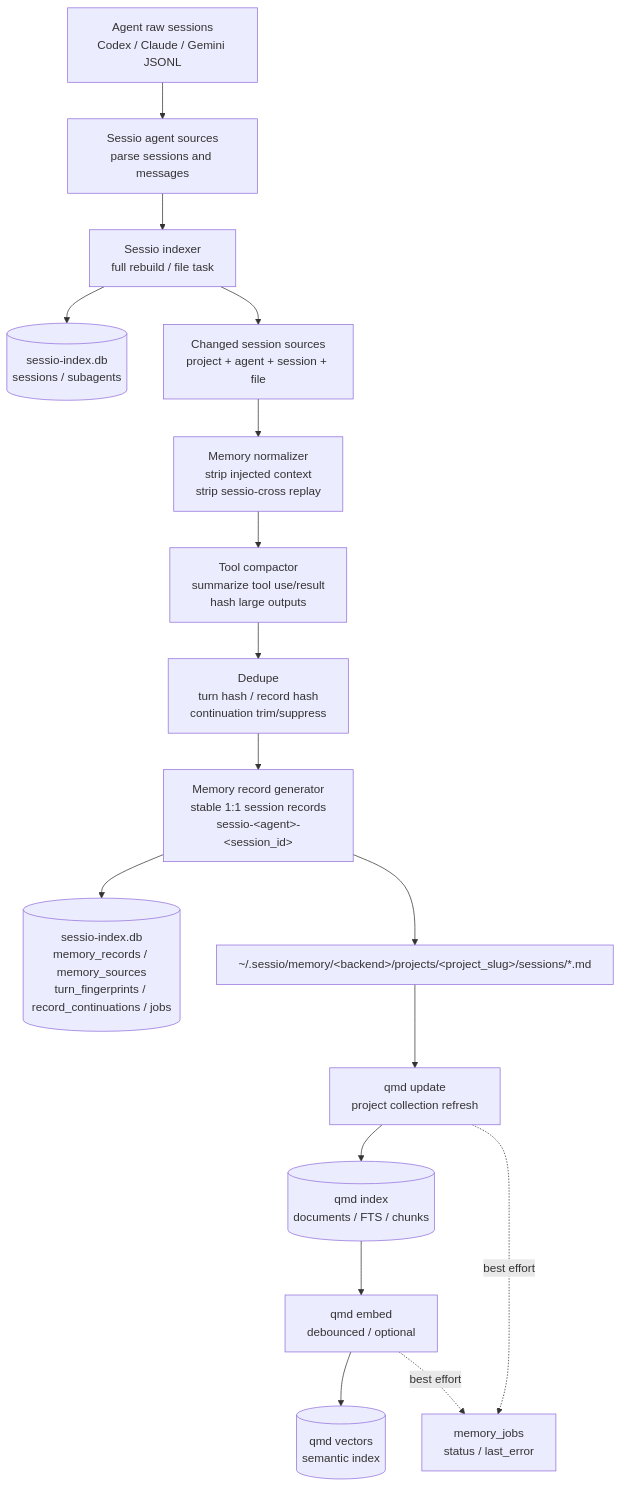
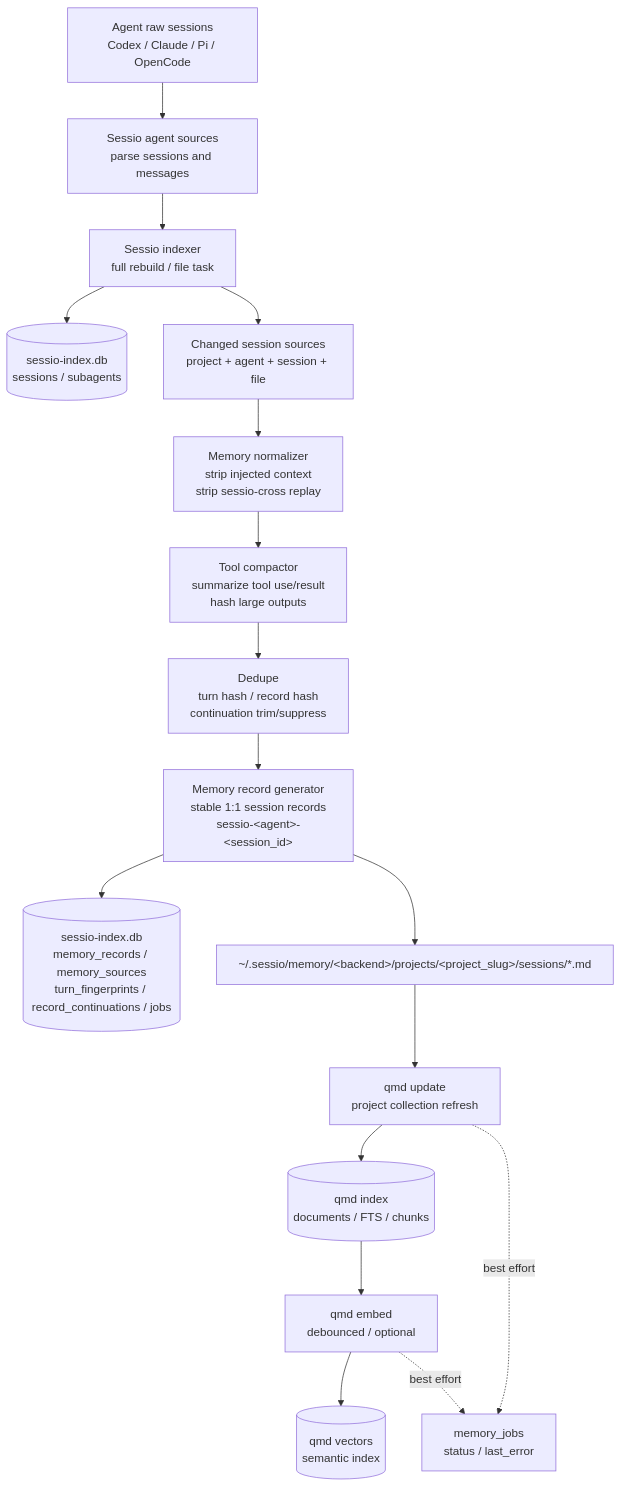
The first of 3 diagrams in docs/sessio-cli-qmd-memory-plan.md (LarchLiu/sessio), drawn with Mermaid before and after one commit. The commit also changed other lines of this file and 34 other files, not shown here.

First line of the commit message:
refactor: remove Gemini agent

````diff
--- a/docs/sessio-cli-qmd-memory-plan.md
+++ b/docs/sessio-cli-qmd-memory-plan.md
@@ -331,23 +332,23 @@
 ```mermaid
 flowchart TD
-    Raw["Agent raw sessions<br/>Codex / Claude / Gemini JSONL"] --> Readers["Sessio agent sources<br/>parse sessions and messages"]
+    Raw["Agent raw sessions<br/>Codex / Claude / Pi / OpenCode"] --> Readers["Sessio agent sources<br/>parse sessions and messages"]
     Readers --> Indexer["Sessio indexer<br/>full rebuild / file task"]
     Indexer --> SessionDB[("sessio-index.db<br/>sessions / subagents")]
     Indexer --> Changed["Changed session sources<br/>project + agent + session + file"]
 
     Changed --> Normalizer["Memory normalizer<br/>strip injected context<br/>strip sessio-cross replay"]
     Normalizer --> ToolCompact["Tool compactor<br/>summarize tool use/result<br/>hash large outputs"]
     ToolCompact --> Dedupe["Dedupe<br/>turn hash / record hash<br/>continuation trim/suppress"]
     Dedupe --> Records["Memory record generator<br/>stable 1:1 session records<br/>sessio-&lt;agent&gt;-&lt;session_id&gt;"]
 
     Records --> MemoryDB[("sessio-index.db<br/>memory_records / memory_sources<br/>turn_fingerprints / record_continuations / jobs")]
     Records --> RecordFiles["~/.sessio/memory/&lt;backend&gt;/projects/&lt;project_slug&gt;/sessions/*.md"]
 
     RecordFiles --> QmdUpdate["qmd update<br/>project collection refresh"]
     QmdUpdate --> QmdIndex[("qmd index<br/>documents / FTS / chunks")]
     QmdIndex --> QmdEmbed["qmd embed<br/>debounced / optional"]
     QmdEmbed --> QmdVectors[("qmd vectors<br/>semantic index")]
 
     QmdUpdate -. best effort .-> JobState["memory_jobs<br/>status / last_error"]
     QmdEmbed -. best effort .-> JobState
 ```
````
